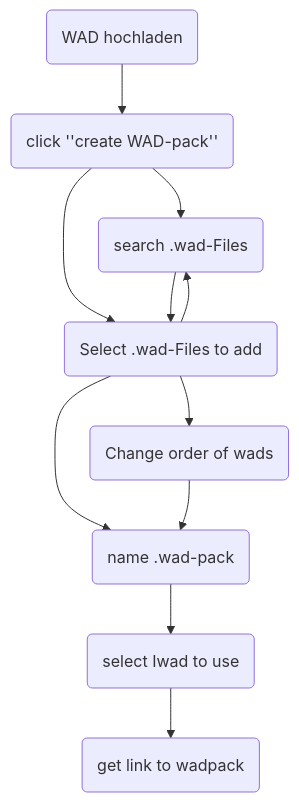
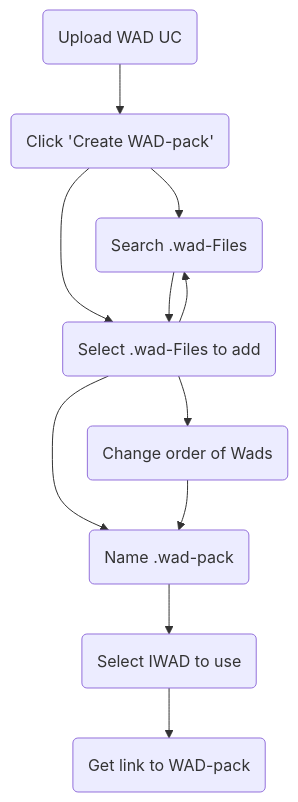
The fourth of 7 diagrams in documentation/usecases.md (Lukas-Hoernle/WAD-Loader-3), drawn with Mermaid before and after one commit. The commit also changed other lines of this file, not shown here.

````diff
--- a/documentation/usecases.md
+++ b/documentation/usecases.md
@@ -83,13 +36,13 @@
 ```mermaid
 graph
-A(WAD hochladen) --> B(click ''create WAD-pack'')
-    B --> Z(search .wad-Files)
-    B --> C(Select .wad-Files to add)
-    C --> Z
-    Z --> C
-    C --> X(Change order of wads) 
-    C --> D(name .wad-pack) 
-    X --> D
-    D --> Y(select Iwad to use)
-    Y --> E(get link to wadpack)
+A(Upload WAD UC) --> B(Click 'Create WAD-pack')
+B --> Z(Search .wad-Files)
+B --> C(Select .wad-Files to add)
+C --> Z
+Z --> C
+C --> X(Change order of Wads) 
+C --> D(Name .wad-pack) 
+X --> D
+D --> Y(Select IWAD to use)
+Y --> E(Get link to WAD-pack)
 ```
````
